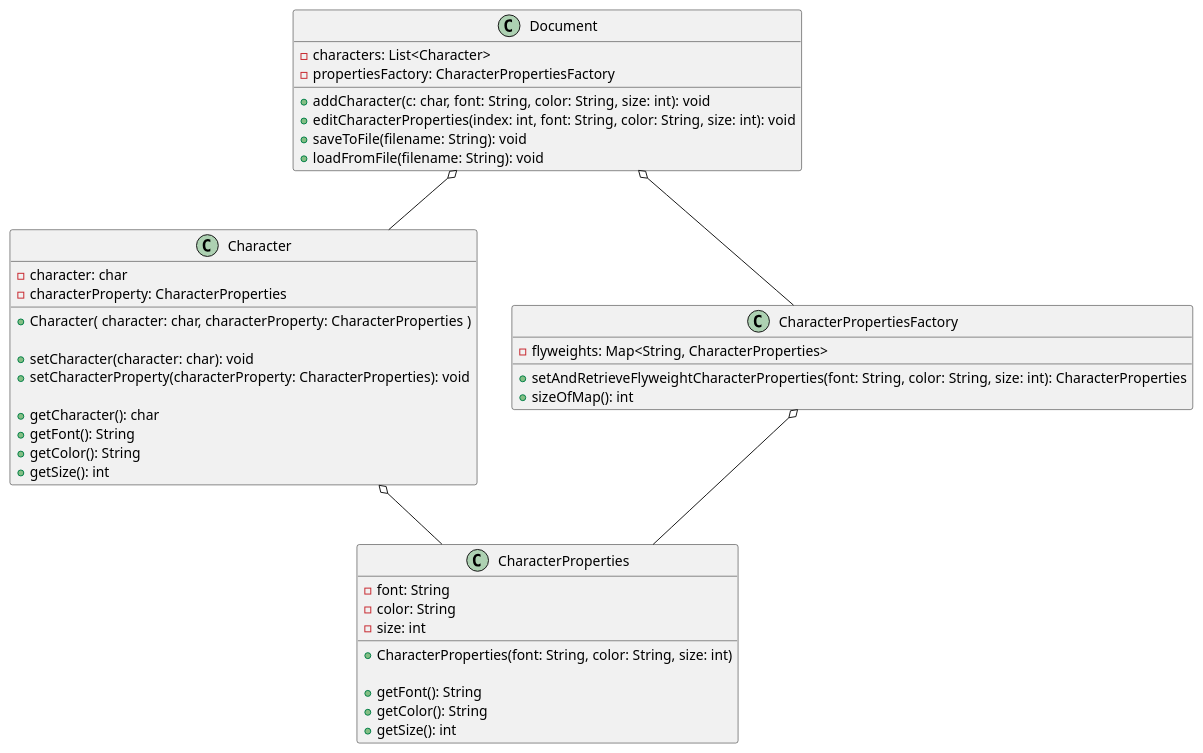
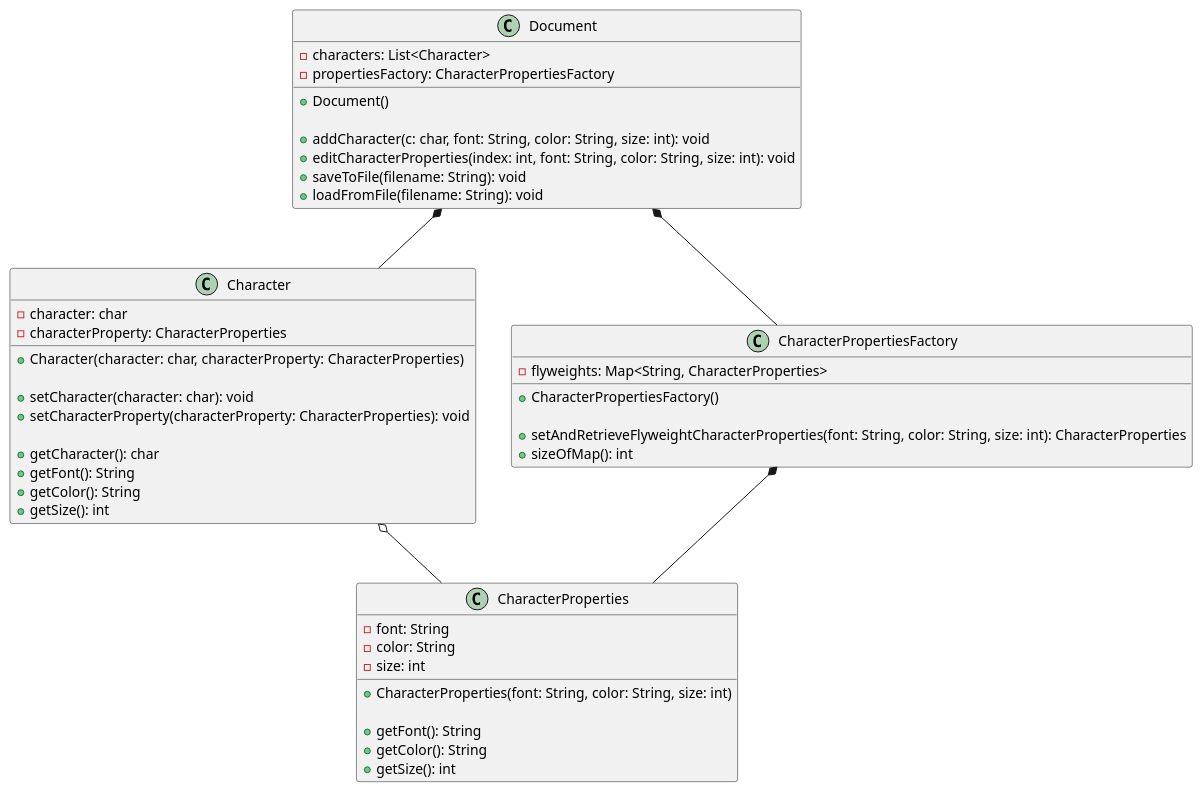
One commit to thanhdat1902/plantUML-edtior changed the diagram in src/src/main/java/org/example/Class_Diagram.puml. Above: the diagram before and after it, drawn with PlantUML. The commit also changed 7 other files, not shown here.

Commit message:
fix: add diagram png

```diff
--- a/src/src/main/java/org/example/Class_Diagram.puml
+++ b/src/src/main/java/org/example/Class_Diagram.puml
@@ -1,54 +1,63 @@
 @startuml
 'https://plantuml.com/class-diagram
 
 class CharacterProperties {
 -font: String
 -color: String
 -size: int
 
 'Constructor
 +CharacterProperties(font: String, color: String, size: int)
 
 'Getter methods
 +getFont(): String
 +getColor(): String
 +getSize(): int
 }
 
 class Character {
 -character: char
 -characterProperty: CharacterProperties
 
-+Character( character: char, characterProperty: CharacterProperties )
+'Constructor
++Character(character: char, characterProperty: CharacterProperties)
 
 'Getter and setter methods
 +setCharacter(character: char): void
 +setCharacterProperty(characterProperty: CharacterProperties): void
 
 +getCharacter(): char
 +getFont(): String
 +getColor(): String
 +getSize(): int
 }
 
 class CharacterPropertiesFactory {
 -flyweights: Map<String, CharacterProperties>
+
+'Constructor
++CharacterPropertiesFactory()
+
 +setAndRetrieveFlyweightCharacterProperties(font: String, color: String, size: int): CharacterProperties
 +sizeOfMap(): int
 }
 
 class Document {
 -characters: List<Character>
 -propertiesFactory: CharacterPropertiesFactory
+
+'Constructor
++Document()
+
 +addCharacter(c: char, font: String, color: String, size: int): void
 +editCharacterProperties(index: int, font: String, color: String, size: int): void
 +saveToFile(filename: String): void
 +loadFromFile(filename: String): void
 }
 
-CharacterPropertiesFactory o-- CharacterProperties
+CharacterPropertiesFactory *-- CharacterProperties
 Character o-- CharacterProperties
-Document o-- CharacterPropertiesFactory
-Document o-- Character
+Document *-- CharacterPropertiesFactory
+Document *-- Character
 
 @enduml
```
